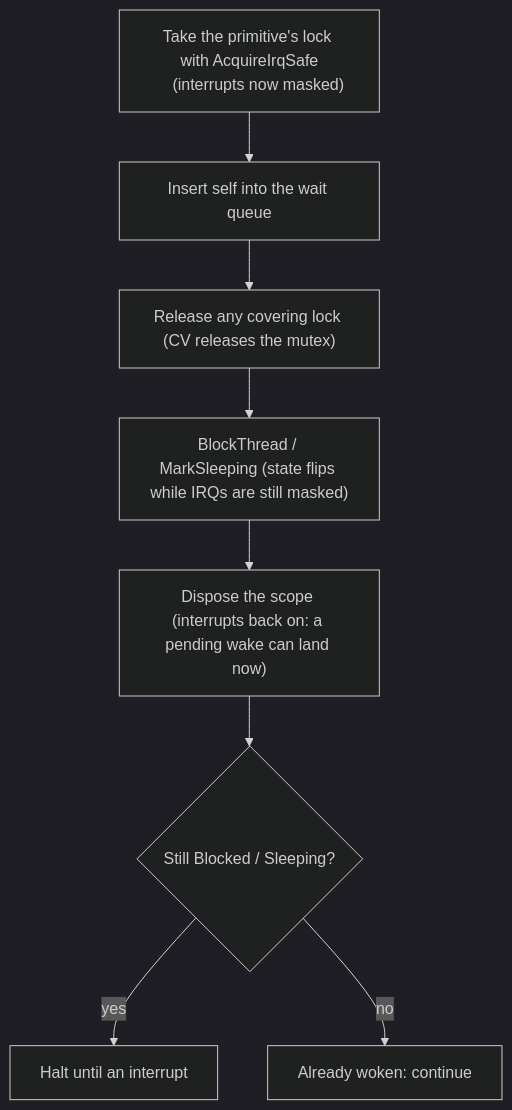
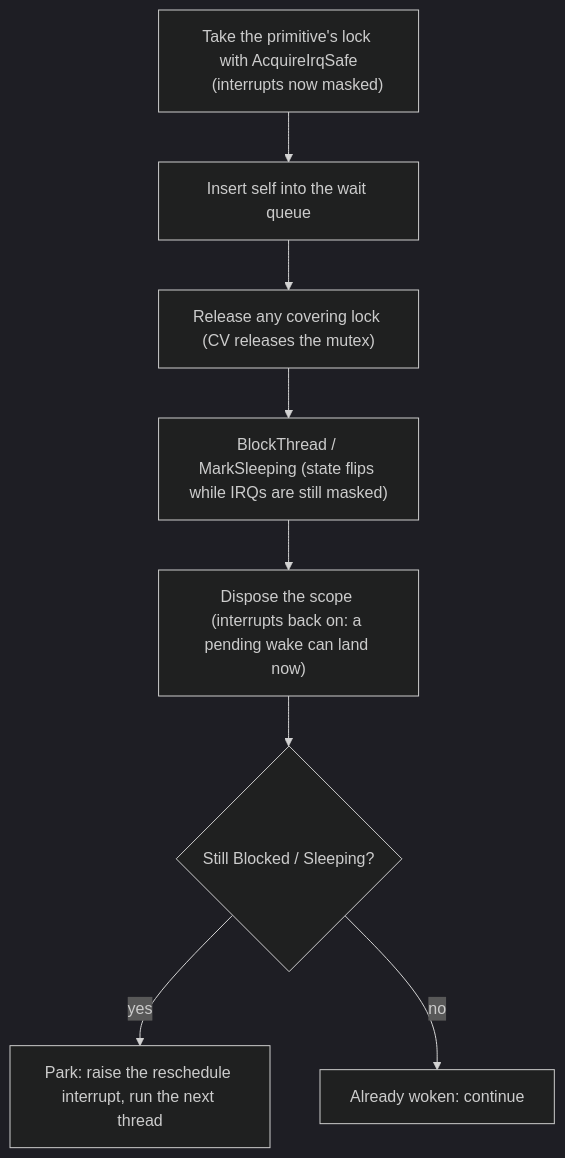
Before and after one commit to CosmosOS/Cosmos: the third of 3 diagrams in docs/articles/dev/scheduler.md, drawn with Mermaid (dark theme). The commit also changed other lines of this file and 10 other files, not shown here.

First line of the commit message:
⚡ Switch to the next thread at once when one blocks or sleeps

````diff
--- a/docs/articles/dev/scheduler.md
+++ b/docs/articles/dev/scheduler.md
@@ -249,11 +258,11 @@
 ```mermaid
 flowchart TD
     A["Take the primitive's lock with AcquireIrqSafe
     (interrupts now masked)"] --> B["Insert self into the wait queue"]
     B --> C["Release any covering lock (CV releases the mutex)"]
     C --> D["BlockThread / MarkSleeping (state flips while IRQs are still masked)"]
     D --> E["Dispose the scope (interrupts back on: a pending wake can land now)"]
     E --> F{"Still Blocked / Sleeping?"}
-    F -->|yes| G["Halt until an interrupt"]
+    F -->|yes| G["Park: raise the reschedule interrupt, run the next thread"]
     F -->|no| H["Already woken: continue"]
 ```
````
